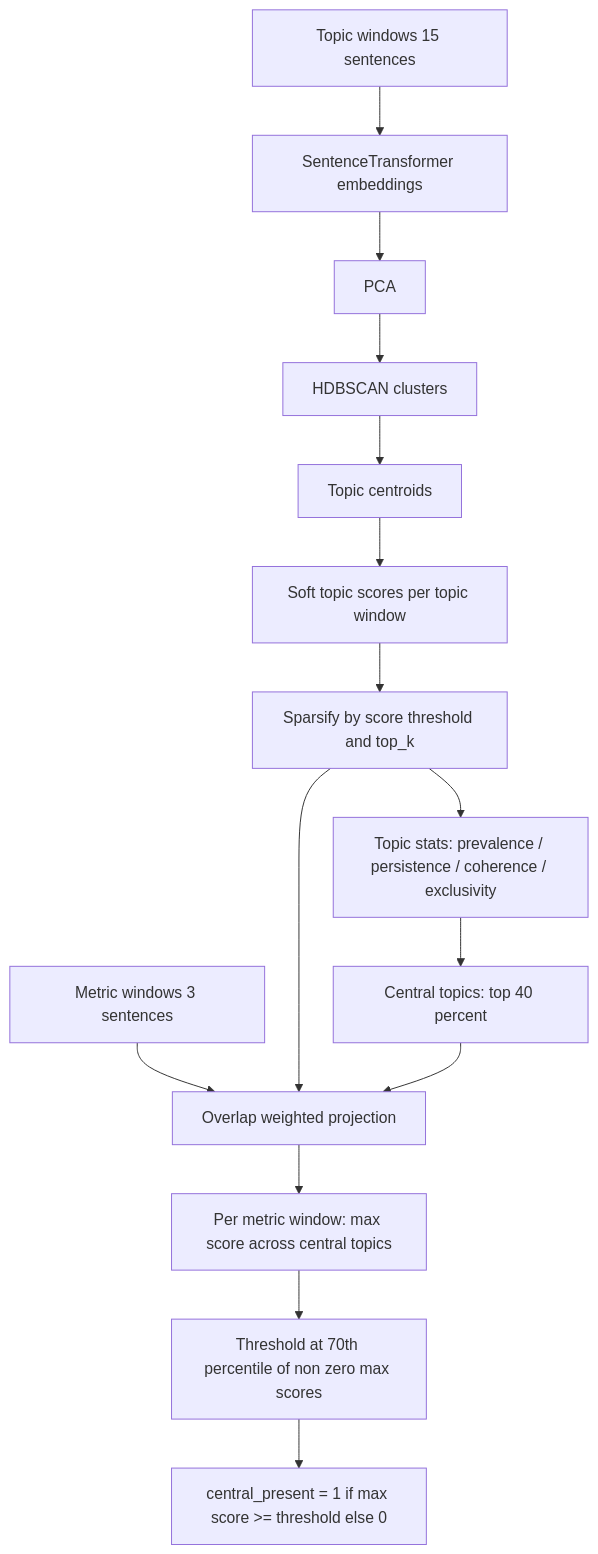
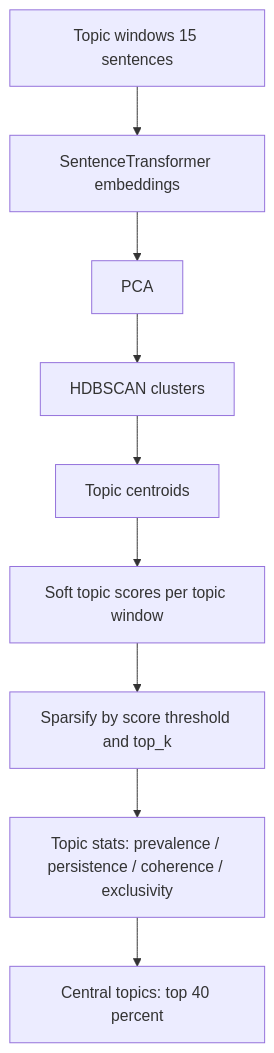
One commit to jeiwils/text_emphasis changed the second of 2 diagrams in README.md. Above: the diagram before and after it, drawn with Mermaid. The commit also changed other lines of this file and 1 other file, not shown here.

````diff
--- a/README.md
+++ b/README.md
@@ -57,19 +57,11 @@
 ```mermaid
 flowchart TD
     topic_windows[Topic windows 15 sentences] --> embed[SentenceTransformer embeddings]
     embed --> pca[PCA]
     pca --> hdbscan[HDBSCAN clusters]
     hdbscan --> centroids[Topic centroids]
     centroids --> scores[Soft topic scores per topic window]
     scores --> sparsify[Sparsify by score threshold and top_k]
     sparsify --> stats[Topic stats: prevalence / persistence / coherence / exclusivity]
     stats --> central[Central topics: top 40 percent]
-
-    metric_windows[Metric windows 3 sentences] --> projection[Overlap weighted projection]
-    sparsify --> projection
-    central --> projection
-
-    projection --> maxscore[Per metric window: max score across central topics]
-    maxscore --> thresh[Threshold at 70th percentile of non zero max scores]
-    thresh --> present[central_present = 1 if max score >= threshold else 0]
 ```
````
